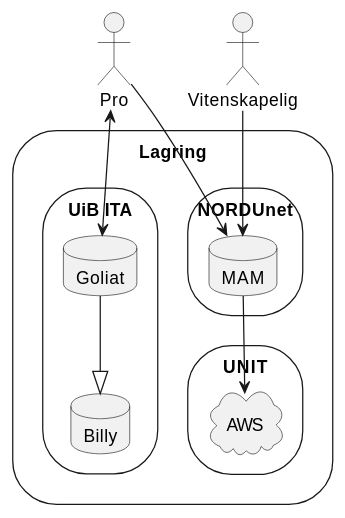
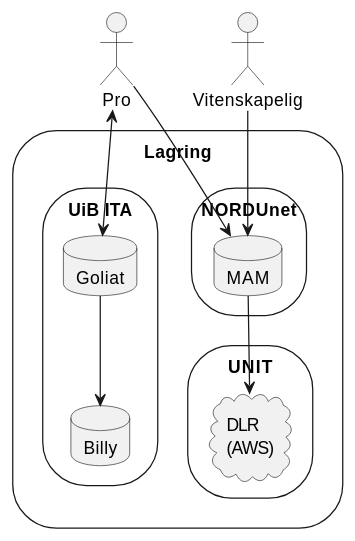
The first of 2 diagrams in src/docs/infrastruktur.md (tarjelavik/mam-dlr-architecture), drawn with PlantUML before and after one commit. The commit also changed other lines of this file and 4 other files, not shown here.

````diff
--- a/src/docs/infrastruktur.md
+++ b/src/docs/infrastruktur.md
@@ -15,25 +15,25 @@
 ```plantuml 
 @startuml
 
 storage Lagring {
   storage UNIT {
-    cloud "AWS" as aws
+    cloud "DLR \l(AWS)" as aws
   }
   storage NORDUnet {
     database "MAM" as mam
   }
   storage "UiB ITA" {
     database "Goliat" as goliat
     database "Billy" as billy
   }
 }
 
 :Vitenskapelig: --> mam
 :Pro: --> mam
 :Pro: <-> goliat
 
 mam --> aws
-goliat --|> billy
+goliat --> billy
 
 @enduml
 ```
````
